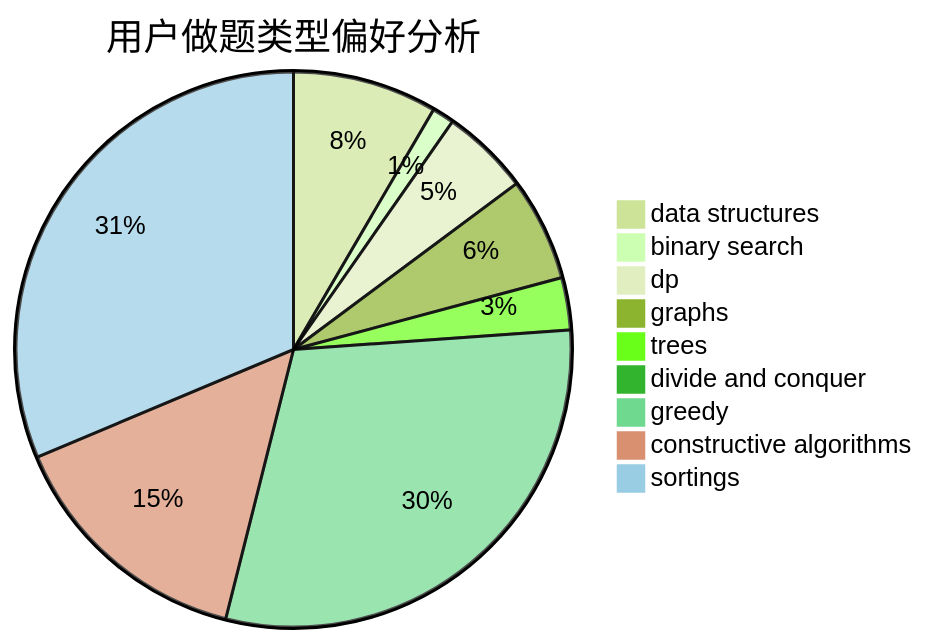
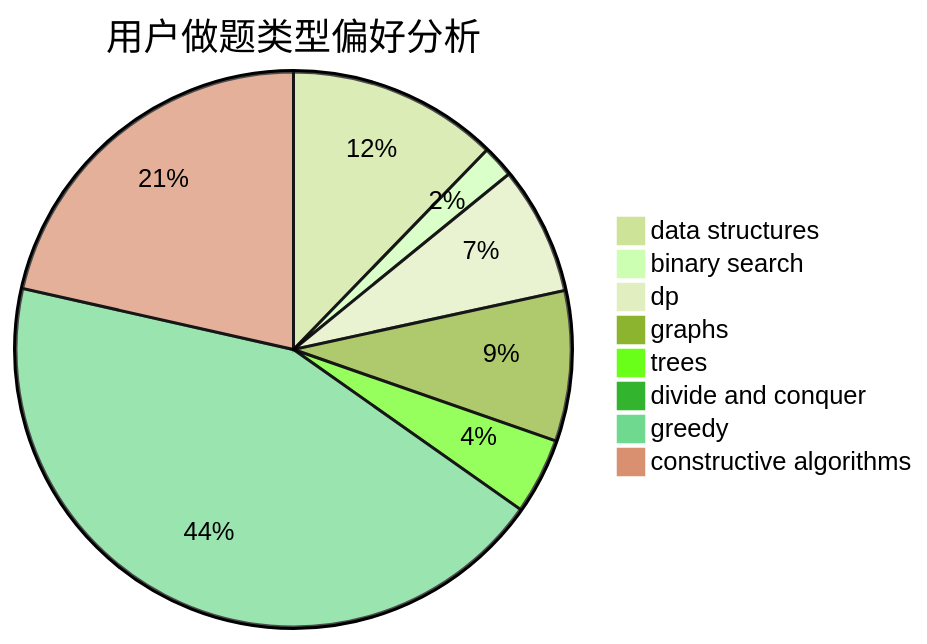
One commit to sherpahu/cfrs.github.io changed the second of 3 diagrams in docs/user/u981.md. Above: the diagram before and after it, drawn with Mermaid (forest theme). The commit also changed other lines of this file and 2769 other files, not shown here.

````diff
--- a/docs/user/u981.md
+++ b/docs/user/u981.md
@@ -18,12 +18,11 @@
 ```mermaid
 pie title 用户做题类型偏好分析
     "data structures" :  105
     "binary search" :  16
     "dp" :  64
     "graphs" :  75
     "trees" :  38
     "divide and conquer" :  1
     "greedy" :  375
     "constructive algorithms" :  184
-    "sortings" :  391
 ```
````
